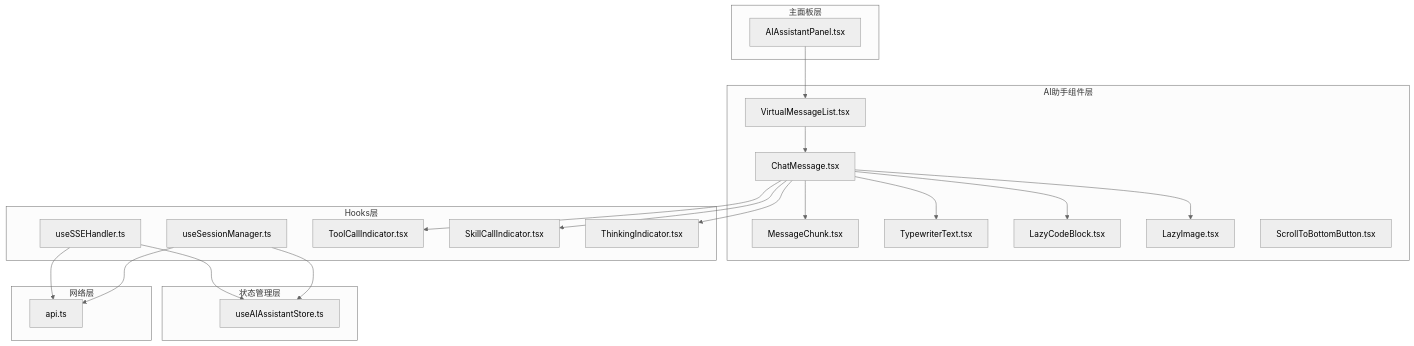
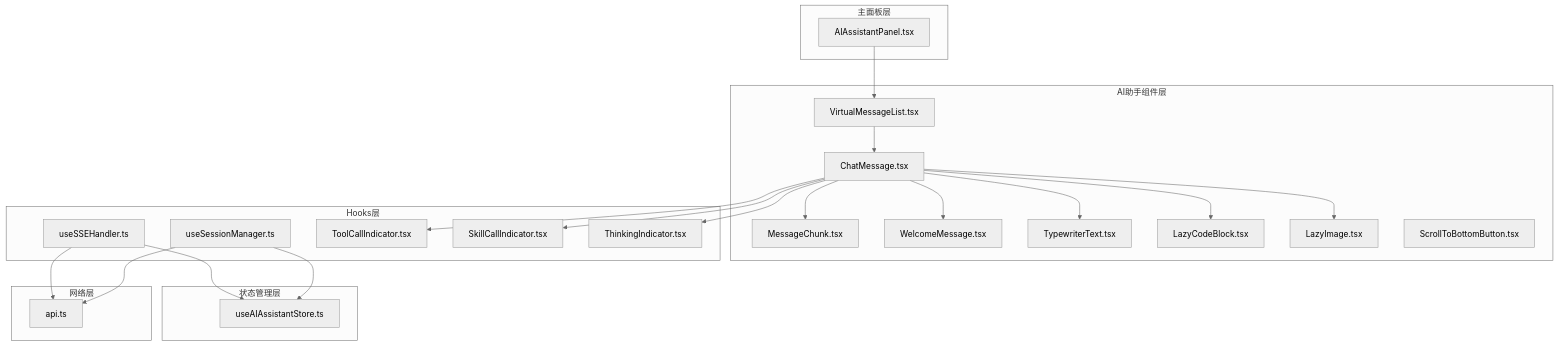
One commit to KunLabAI/KunFlix changed the first of 7 diagrams in .qoder/repowiki/zh/content/前端应用架构/UI组件库/虚拟化聊天渲染.md. Above: the diagram before and after it, drawn with Mermaid (neutral theme). The commit also changed other lines of this file and 22 other files, not shown here.

````diff
--- a/.qoder/repowiki/zh/content/前端应用架构/UI组件库/虚拟化聊天渲染.md
+++ b/.qoder/repowiki/zh/content/前端应用架构/UI组件库/虚拟化聊天渲染.md
@@ -61,41 +63,43 @@
 ```mermaid
 graph TB
 subgraph "AI助手组件层"
 VML[VirtualMessageList.tsx]
 CM[ChatMessage.tsx]
 MC[MessageChunk.tsx]
+WM[WelcomeMessage.tsx]
 TWT[TypewriterText.tsx]
 LCB[LazyCodeBlock.tsx]
 LI[LazyImage.tsx]
 STBB[ScrollToBottomButton.tsx]
 end
 subgraph "Hooks层"
 SSE[useSSEHandler.ts]
 SM[useSessionManager.ts]
 TCI[ToolCallIndicator.tsx]
 SCI[SkillCallIndicator.tsx]
 TI[ThinkingIndicator.tsx]
 end
 subgraph "状态管理层"
 STORE[useAIAssistantStore.ts]
 end
 subgraph "网络层"
 API[api.ts]
 end
 subgraph "主面板层"
 AAP[AIAssistantPanel.tsx]
 end
 AAP --> VML
 VML --> CM
+CM --> WM
 CM --> TWT
 CM --> MC
 CM --> LCB
 CM --> LI
 CM --> TCI
 CM --> SCI
 CM --> TI
 SSE --> STORE
 SM --> STORE
 SSE --> API
 SM --> API
 ```
````
